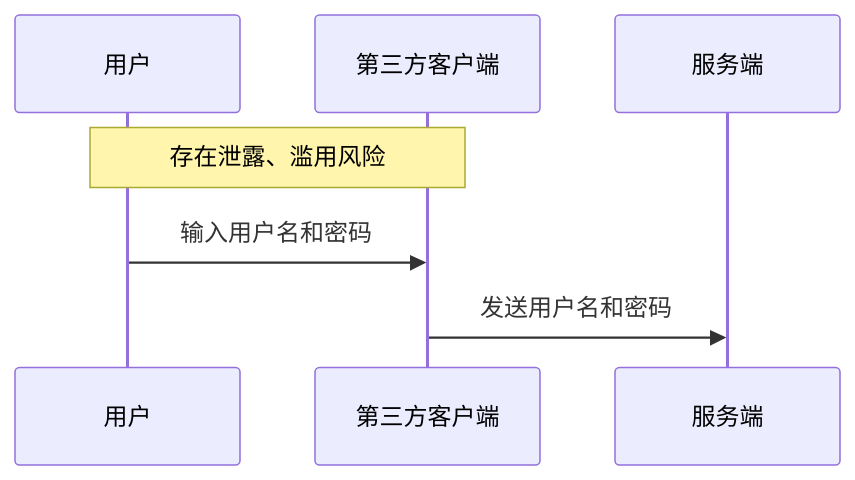
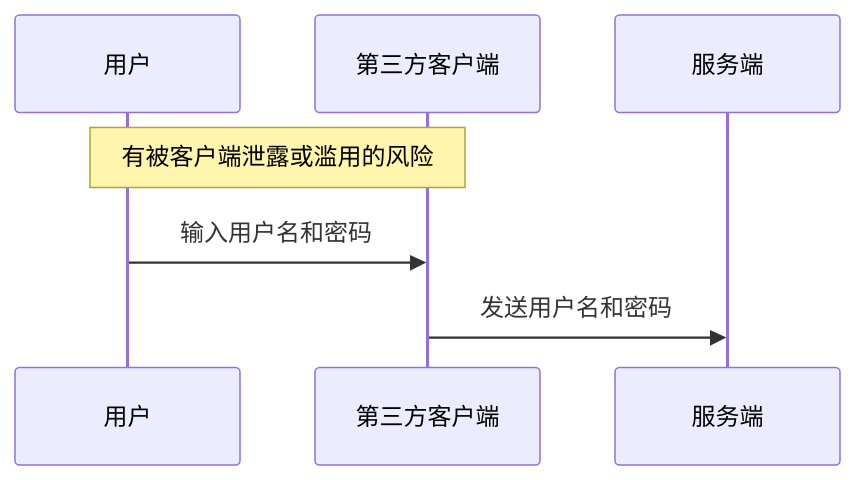
Before and after one commit to xunbu/notes: the fourth of 10 diagrams in 互联网认证授权机制/互联网认证授权机制.md, drawn with Mermaid. The commit also changed other lines of this file and 1 other file, not shown here.

````diff
--- a/互联网认证授权机制/互联网认证授权机制.md
+++ b/互联网认证授权机制/互联网认证授权机制.md
@@ -106,9 +109,9 @@
 ```mermaid
 sequenceDiagram
 participant 用户
 participant 第三方客户端
 participant 服务端
-note over 用户,第三方客户端: 存在泄露、滥用风险
+note over 用户,第三方客户端: 有被客户端泄露或滥用的风险
 用户->>第三方客户端: 输入用户名和密码
 第三方客户端->>服务端: 发送用户名和密码
 ```
````
